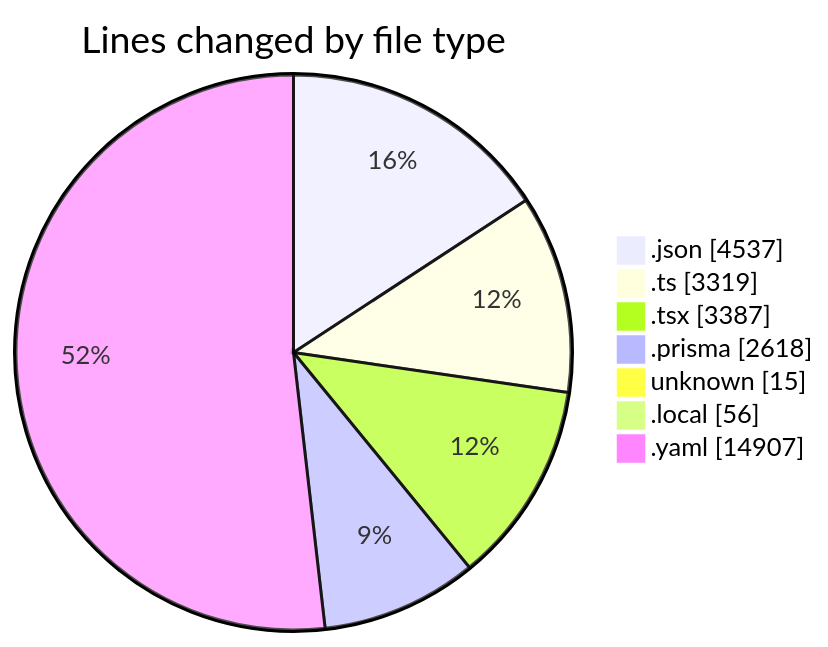
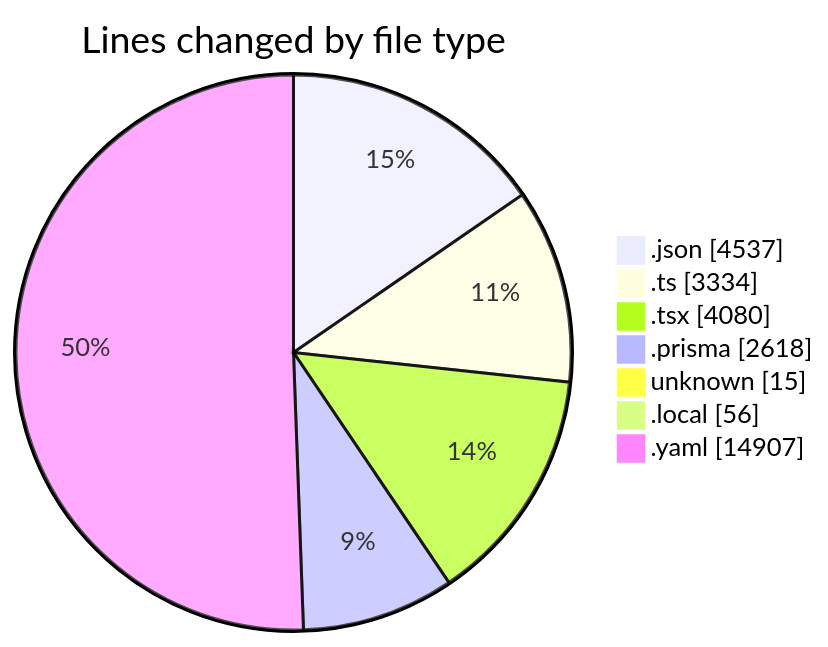
One commit to CELIANVF/code-tracking changed the first of 2 diagrams in 2025-05-15/ecodeli-1/README.md. Above: the diagram before and after it, drawn with Mermaid. The commit also changed other lines of this file and 1 other file, not shown here.

````diff
--- a/2025-05-15/ecodeli-1/README.md
+++ b/2025-05-15/ecodeli-1/README.md
@@ -47,11 +48,11 @@
 ```mermaid
 pie showData
 title Lines changed by file type
 ".json" : 4537
-".ts" : 3319
-".tsx" : 3387
+".ts" : 3334
+".tsx" : 4080
 ".prisma" : 2618
 "unknown" : 15
 ".local" : 56
 ".yaml" : 14907
 ```
````
